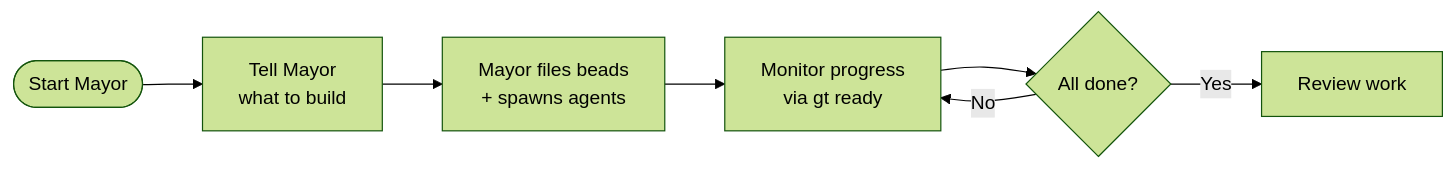
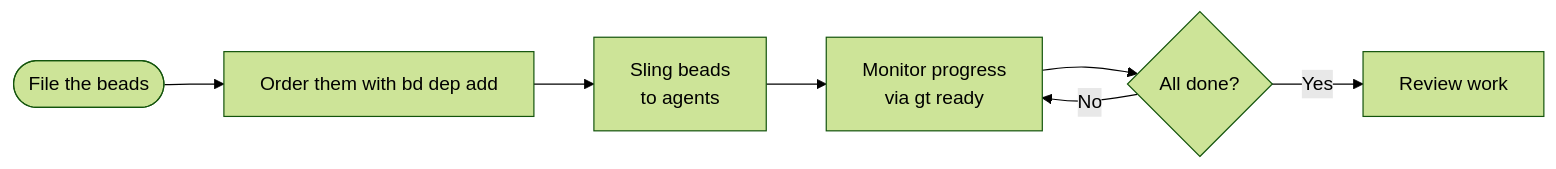
One commit to sloanahrens/gastown changed the third of 4 diagrams in README.md. Above: the diagram before and after it, drawn with Mermaid (forest theme). The commit also changed other lines of this file and 2 other files, not shown here.

Commit message:
docs: drop the deleted gt mayor command from README and install docs (gt-p6ggd)

````diff
--- a/README.md
+++ b/README.md
@@ -321,9 +320,9 @@
 ```mermaid
 flowchart LR
-    Start([Start Mayor]) --> Tell[Tell Mayor<br/>what to build]
-    Tell --> Creates[Mayor files beads<br/>+ spawns agents]
-    Creates --> Monitor[Monitor progress<br/>via gt ready]
+    Start([File the beads]) --> Order[Order them with bd dep add]
+    Order --> Sling[Sling beads<br/>to agents]
+    Sling --> Monitor[Monitor progress<br/>via gt ready]
     Monitor --> Done{All done?}
     Done -->|No| Monitor
     Done -->|Yes| Review[Review work]
 ```
````
